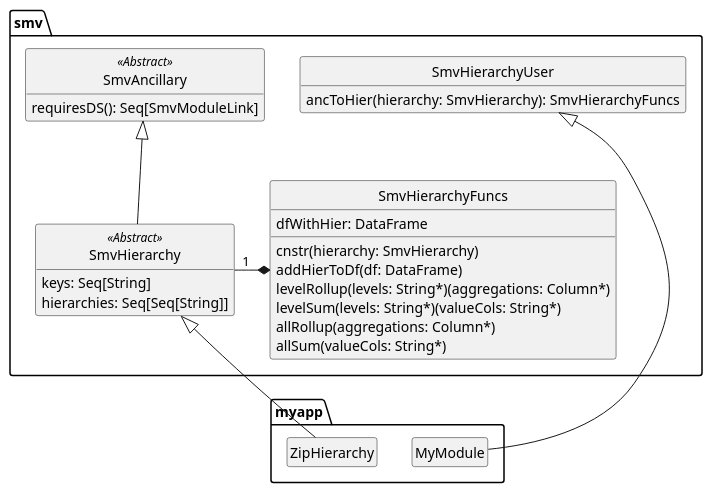
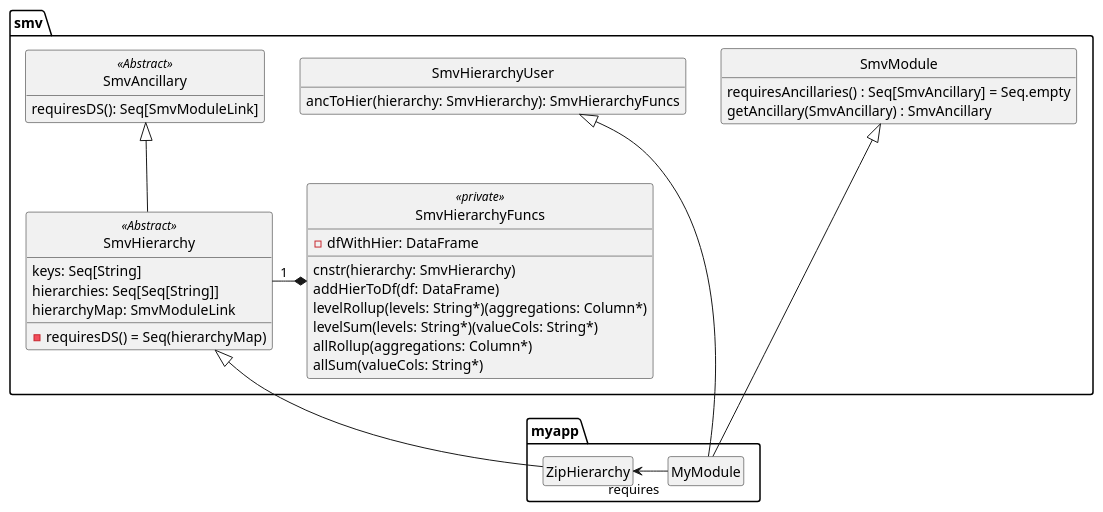
Before and after one commit to TresAmigosSD/SMV: the diagram in docs/design/SmvAncillary/SmvAncillary.puml, drawn with PlantUML.

Commit message:
updated the puml for the SmvAncillary design.

```diff
--- a/docs/design/SmvAncillary/SmvAncillary.puml
+++ b/docs/design/SmvAncillary/SmvAncillary.puml
@@ -1,38 +1,48 @@
 @startuml
 hide empty methods
 hide empty fields
 hide circle
 
 namespace smv {
   class SmvAncillary <<Abstract>> {
     requiresDS(): Seq[SmvModuleLink]
   }
 
   class SmvHierarchy <<Abstract>> extends SmvAncillary {
     keys: Seq[String]
     hierarchies: Seq[Seq[String]]
+    hierarchyMap: SmvModuleLink
+    -requiresDS() = Seq(hierarchyMap)
   }
 
-  class SmvHierarchyFuncs {
-    dfWithHier: DataFrame
+  class SmvHierarchyFuncs <<private>> {
+    -dfWithHier: DataFrame
     cnstr(hierarchy: SmvHierarchy)
     addHierToDf(df: DataFrame)
     levelRollup(levels: String*)(aggregations: Column*)
     levelSum(levels: String*)(valueCols: String*)
     allRollup(aggregations: Column*)
     allSum(valueCols: String*)
   }
 
   class SmvHierarchyUser {
     ancToHier(hierarchy: SmvHierarchy): SmvHierarchyFuncs
   }
 
+  class SmvModule {
+    requiresAncillaries() : Seq[SmvAncillary] = Seq.empty
+    getAncillary(SmvAncillary) : SmvAncillary
+  }
+
   SmvHierarchyFuncs *-L- "1" SmvHierarchy
 }
 
 namespace myapp {
   class ZipHierarchy extends smv.SmvHierarchy
   class MyModule extends smv.SmvHierarchyUser
+  class MyModule extends smv.SmvModule
+
+  MyModule -L-> "requires" ZipHierarchy
 }
 
 @enduml
```
